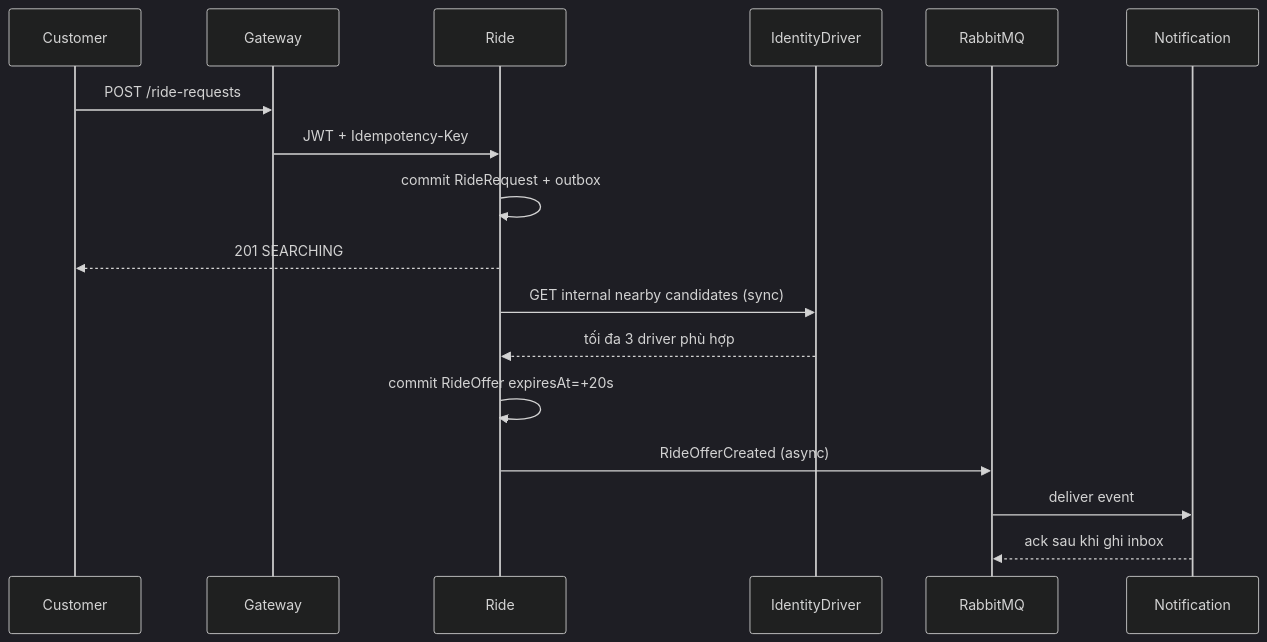
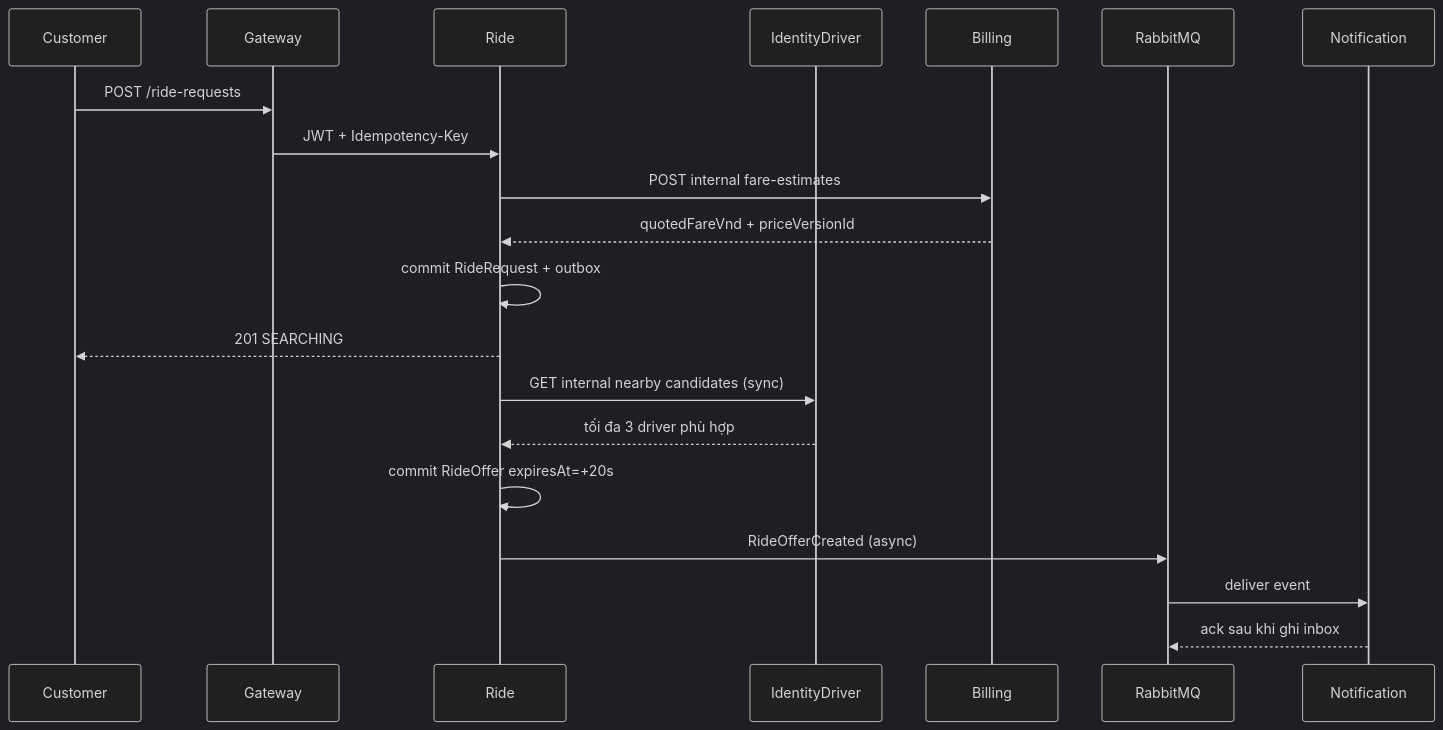
One commit to HHT777/23659411_HuynhHuuTuan_CABsystem changed the third of 14 diagrams in microservice.md. Above: the diagram before and after it, drawn with Mermaid (dark theme). The commit also changed other lines of this file and 1 other file, not shown here.

````diff
--- a/microservice.md
+++ b/microservice.md
@@ -221,19 +220,22 @@
 ```mermaid
 sequenceDiagram
   participant C as Customer
   participant G as Gateway
   participant R as Ride
   participant I as IdentityDriver
+  participant B as Billing
   participant Q as RabbitMQ
   participant N as Notification
   C->>G: POST /ride-requests
   G->>R: JWT + Idempotency-Key
+  R->>B: POST internal fare-estimates
+  B-->>R: quotedFareVnd + priceVersionId
   R->>R: commit RideRequest + outbox
   R-->>C: 201 SEARCHING
   R->>I: GET internal nearby candidates (sync)
   I-->>R: tối đa 3 driver phù hợp
   R->>R: commit RideOffer expiresAt=+20s
   R->>Q: RideOfferCreated (async)
   Q->>N: deliver event
   N-->>Q: ack sau khi ghi inbox
 ```
````
